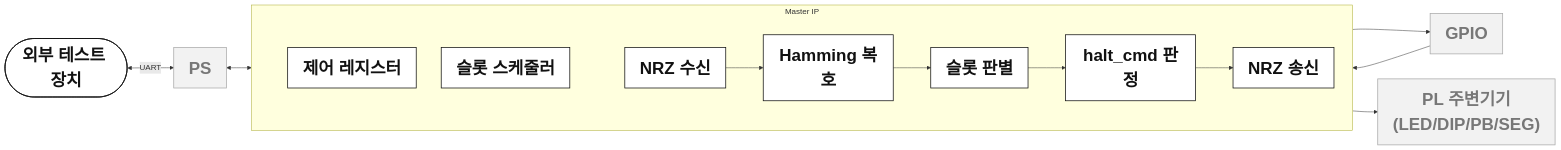
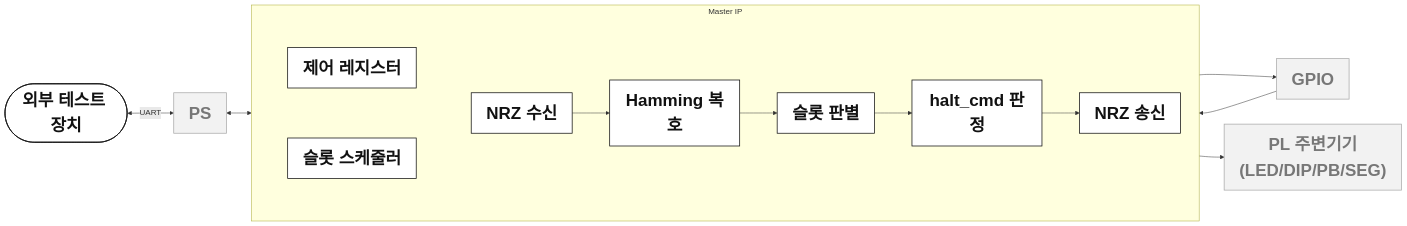
The diagram in diagrams/section3/zoom/m_masterip.mmd (Woodong02/SoC_Design_and_Programming), drawn with Mermaid before and after one commit.

Commit message:
WIP: link control register and slot scheduler with invisible edge to enforce vertical stacking
Claude-Session: https://claude.ai/code/session_01HsnhTJYvcfwdgYabPyirFp

```diff
--- a/diagrams/section3/zoom/m_masterip.mmd
+++ b/diagrams/section3/zoom/m_masterip.mmd
@@ -1,35 +1,36 @@
 %%{init: {'themeVariables': {'fontSize': '34px'}}, 'flowchart': {'nodeSpacing': 35, 'rankSpacing': 55}}%%
 flowchart LR
     EXT(["외부 테스트 장치"]):::node
     PS["PS"]:::dim
     GPIO["GPIO"]:::dim
     PLPERIPH["PL 주변기기\n(LED/DIP/PB/SEG)"]:::dim
 
     subgraph MASTERB ["Master IP"]
         direction LR
         subgraph REGGROUP [" "]
             direction TB
             CTRLREG["제어 레지스터"]:::node
             SLOT["슬롯 스케줄러"]:::node
+            CTRLREG ~~~ SLOT
         end
         RX["NRZ 수신"]:::node
         DEC["Hamming 복호"]:::node
         SLOTDET["슬롯 판별"]:::node
         HALT["halt_cmd 판정"]:::node
         TX["NRZ 송신"]:::node
 
         REGGROUP ~~~ RX
         RX --> DEC
         DEC --> SLOTDET
         SLOTDET --> HALT
         HALT --> TX
     end
 
     EXT <-->|"UART"| PS
     PS <--> MASTERB
     GPIO --> RX
     TX --> GPIO
     MASTERB --> PLPERIPH
 classDef node fill:#FFFFFF,stroke:#111111,stroke-width:1.5px,color:#111111,font-weight:bold,font-size:34px
 classDef dim fill:#F2F2F2,stroke:#AAAAAA,color:#777777,font-weight:bold,font-size:34px
 style REGGROUP fill:none,stroke:none
```
